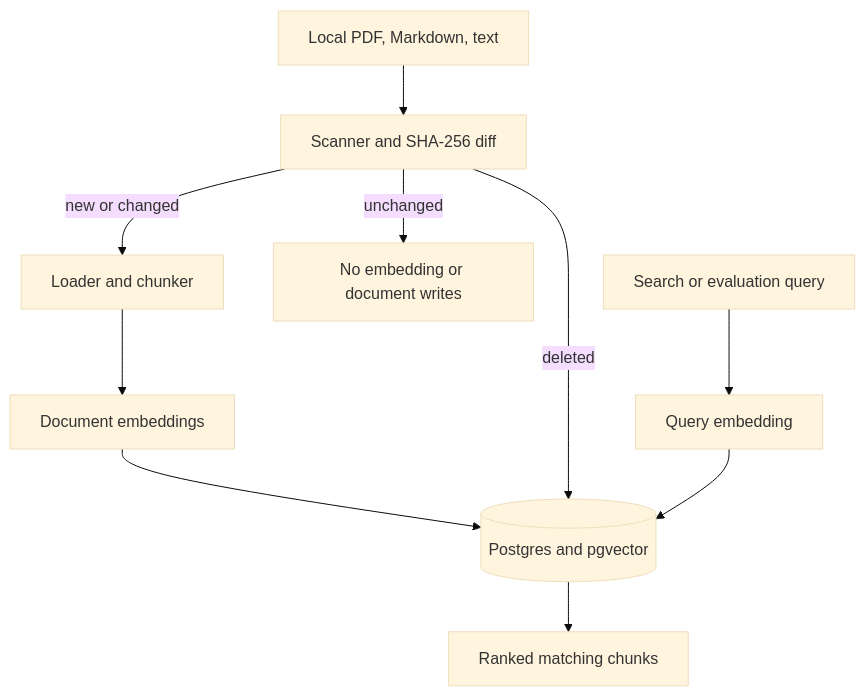
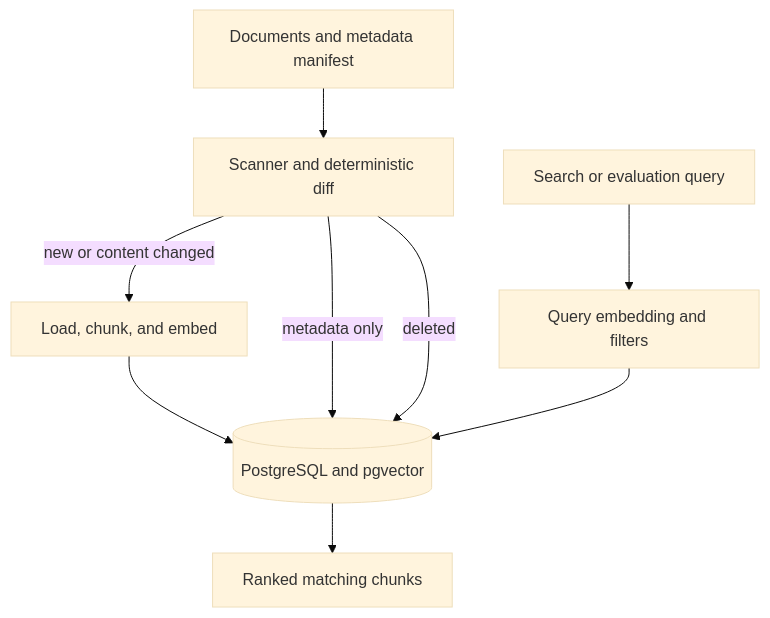
Before and after one commit to Manjunatha184/ragpipe: the diagram in README.md, drawn with Mermaid (base theme). The commit also changed other lines of this file and 15 other files, not shown here.

Commit message:
Add incremental document metadata filtering

````diff
--- a/README.md
+++ b/README.md
@@ -30,12 +34,11 @@
 ```mermaid
 flowchart TD
-    A[Local PDF, Markdown, text] --> B[Scanner and SHA-256 diff]
-    B -->|new or changed| C[Loader and chunker]
-    C --> D[Document embeddings]
-    D --> E[(Postgres and pgvector)]
-    B -->|deleted| E
-    B -->|unchanged| F[No embedding or document writes]
-    Q[Search or evaluation query] --> G[Query embedding]
-    G --> E
-    E --> R[Ranked matching chunks]
+    A[Documents and metadata manifest] --> B[Scanner and deterministic diff]
+    B -->|new or content changed| C[Load, chunk, and embed]
+    C --> D[(PostgreSQL and pgvector)]
+    B -->|metadata only| D
+    B -->|deleted| D
+    Q[Search or evaluation query] --> E[Query embedding and filters]
+    E --> D
+    D --> R[Ranked matching chunks]
 ```
````
